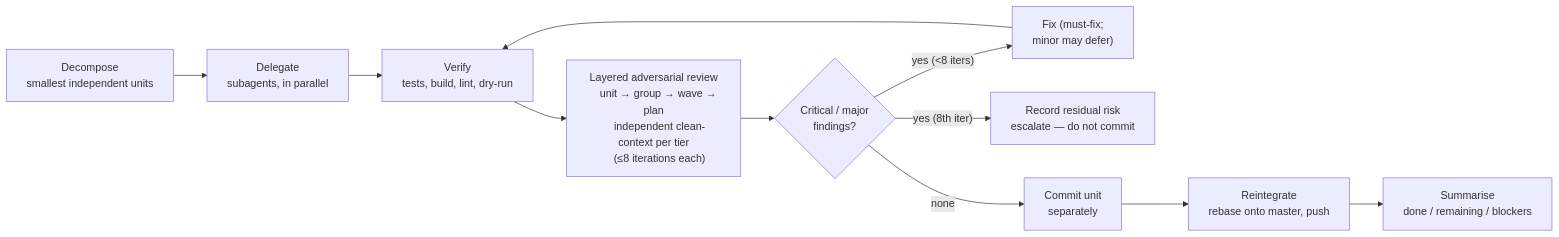
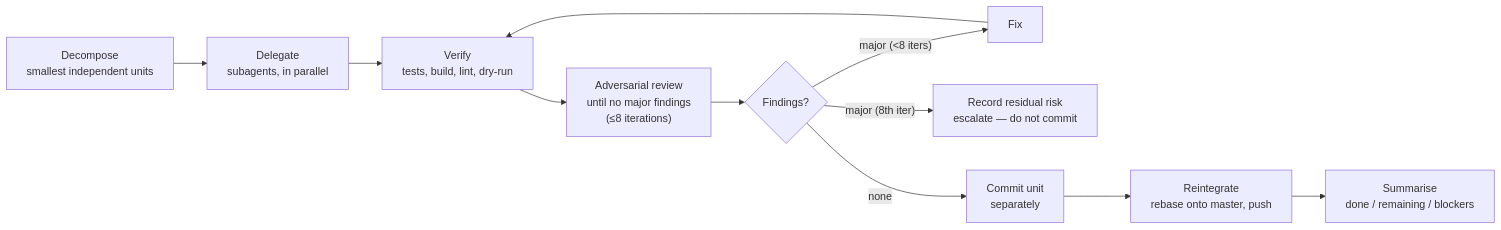
The diagram in .opencode/rules/operating-model.md (sean8601/mockserver-monorepo), drawn with Mermaid before and after one commit. The commit also changed other lines of this file and 210 other files, not shown here.

````diff
--- a/.opencode/rules/operating-model.md
+++ b/.opencode/rules/operating-model.md
@@ -28,24 +26,21 @@
 ```mermaid
 flowchart LR
     A["Decompose
     smallest independent units"] --> B["Delegate
     subagents, in parallel"]
     B --> C["Verify
     tests, build, lint, dry-run"]
-    C --> D["Layered adversarial review
-    unit → group → wave → plan
-    independent clean-context per tier
-    (≤8 iterations each)"]
-    D --> E{"Critical / major
-    findings?"}
-    E -->|"yes (<8 iters)"| F["Fix (must-fix;
-    minor may defer)"] --> C
-    E -->|"yes (8th iter)"| X["Record residual risk
+    C --> D["Adversarial review
+    until no major findings
+    (≤8 iterations)"]
+    D --> E{Findings?}
+    E -->|"major (<8 iters)"| F["Fix"] --> C
+    E -->|"major (8th iter)"| X["Record residual risk
     escalate — do not commit"]
     E -->|none| G["Commit unit
     separately"]
     G --> H["Reintegrate
     rebase onto master, push"]
     H --> I["Summarise
     done / remaining / blockers"]
 ```
````
